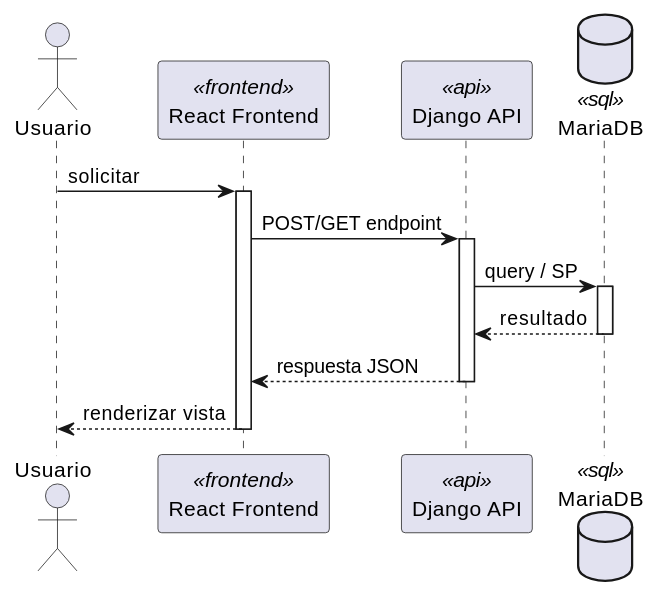
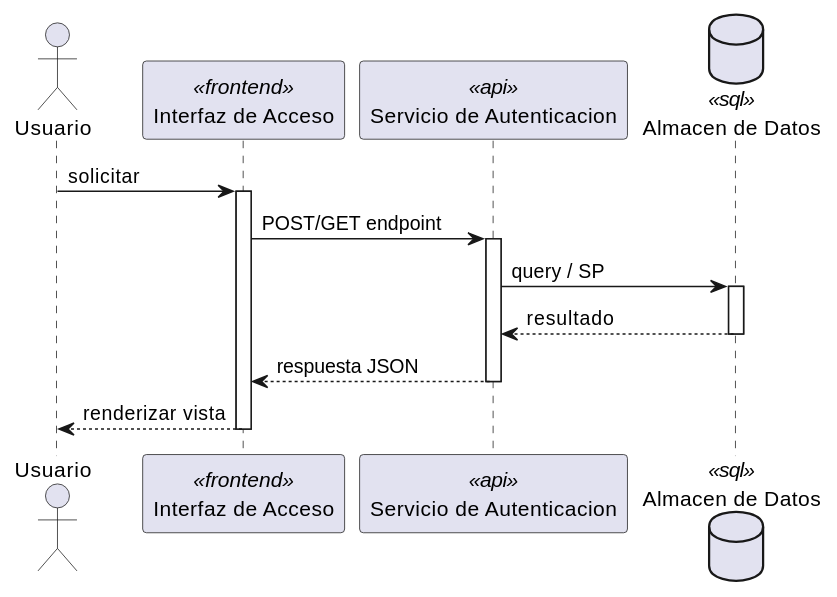
The first of 2 diagrams in source/arquitectura-tecnica/DesignView/auth-01.rst (jcg-admin/IACT-docs), drawn with PlantUML before and after one commit. The commit also changed other lines of this file and 243 other files, not shown here.

First line of the commit message:
Add missing diagrams and fix participant names across Kruchten views

```diff
--- a/source/arquitectura-tecnica/DesignView/auth-01.rst
+++ b/source/arquitectura-tecnica/DesignView/auth-01.rst
@@ -22,28 +22,28 @@
 .. uml::
  :caption: UC_AUTH_01 — Design View (secuencia)
 
  @startuml
 
  actor "Usuario" as Usuario
- participant "React Frontend" as Frontend <<frontend>>
- participant "Django API" as APIServer <<api>>
- database "MariaDB" as BaseDatos <<sql>>
+ participant "Interfaz de Acceso" as Iface <<frontend>>
+ participant "Servicio de Autenticacion" as SvcNode <<api>>
+ database "Almacen de Datos" as Store <<sql>>
 
- Usuario -> Frontend : solicitar
- activate Frontend
+ Usuario -> Iface : solicitar
+ activate Iface
 
- Frontend -> APIServer : POST/GET endpoint
- activate APIServer
+ Iface -> SvcNode : POST/GET endpoint
+ activate SvcNode
 
- APIServer -> BaseDatos : query / SP
- activate BaseDatos
- BaseDatos --> APIServer : resultado
- deactivate BaseDatos
+ SvcNode -> Store : query / SP
+ activate Store
+ Store --> SvcNode : resultado
+ deactivate Store
 
- APIServer --> Frontend : respuesta JSON
- deactivate APIServer
+ SvcNode --> Iface : respuesta JSON
+ deactivate SvcNode
 
- Frontend --> Usuario : renderizar vista
- deactivate Frontend
+ Iface --> Usuario : renderizar vista
+ deactivate Iface
 
  @enduml
```
